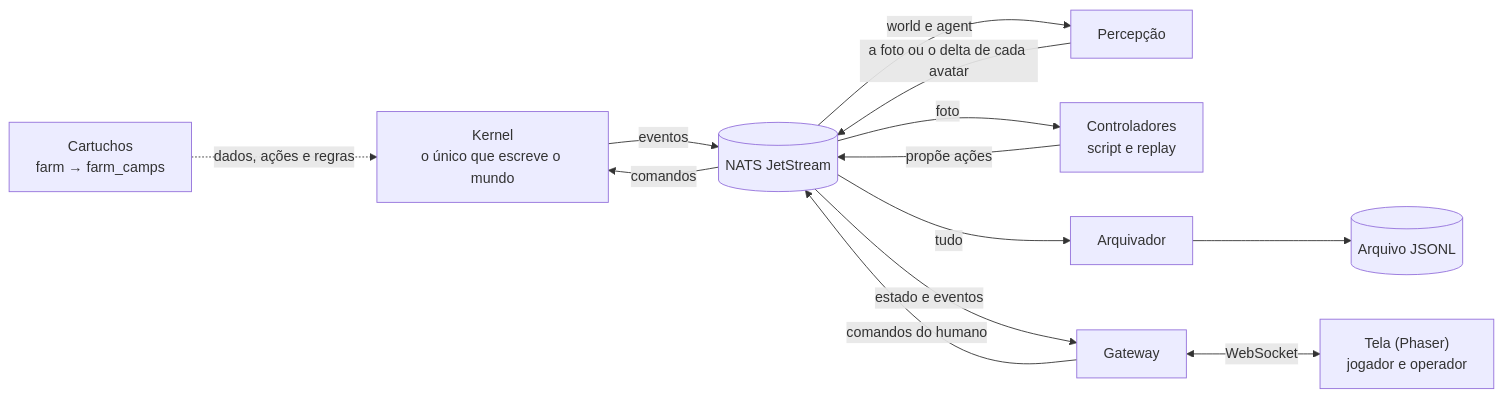
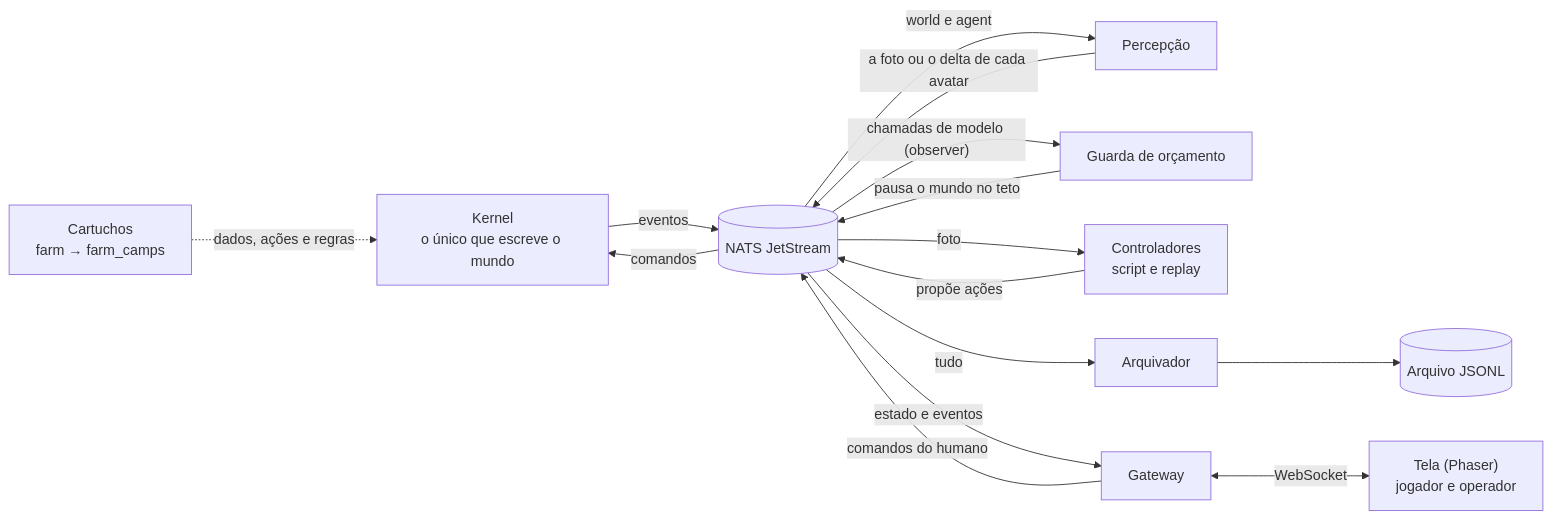
Before and after one commit to campilho/campsverso: the diagram in README.md, drawn with Mermaid. The commit also changed other lines of this file and 8 other files, not shown here.

````diff
--- a/README.md
+++ b/README.md
@@ -46,14 +46,16 @@
 ```mermaid
 flowchart LR
     cart["Cartuchos<br/>farm → farm_camps"] -. "dados, ações e regras" .-> kernel
     kernel["Kernel<br/>o único que escreve o mundo"] -- "eventos" --> nats[("NATS JetStream")]
     nats -- "comandos" --> kernel
     nats -- "world e agent" --> percepcao["Percepção"]
     percepcao -- "a foto ou o delta de cada avatar" --> nats
+    nats -- "chamadas de modelo (observer)" --> guarda["Guarda de orçamento"]
+    guarda -- "pausa o mundo no teto" --> nats
     nats -- "foto" --> runner["Controladores<br/>script e replay"]
     runner -- "propõe ações" --> nats
     nats -- "tudo" --> arquivador["Arquivador"] --> arquivo[("Arquivo JSONL")]
     nats -- "estado e eventos" --> gateway["Gateway"]
     gateway -- "comandos do humano" --> nats
     gateway <-->|"WebSocket"| tela["Tela (Phaser)<br/>jogador e operador"]
 ```
````
